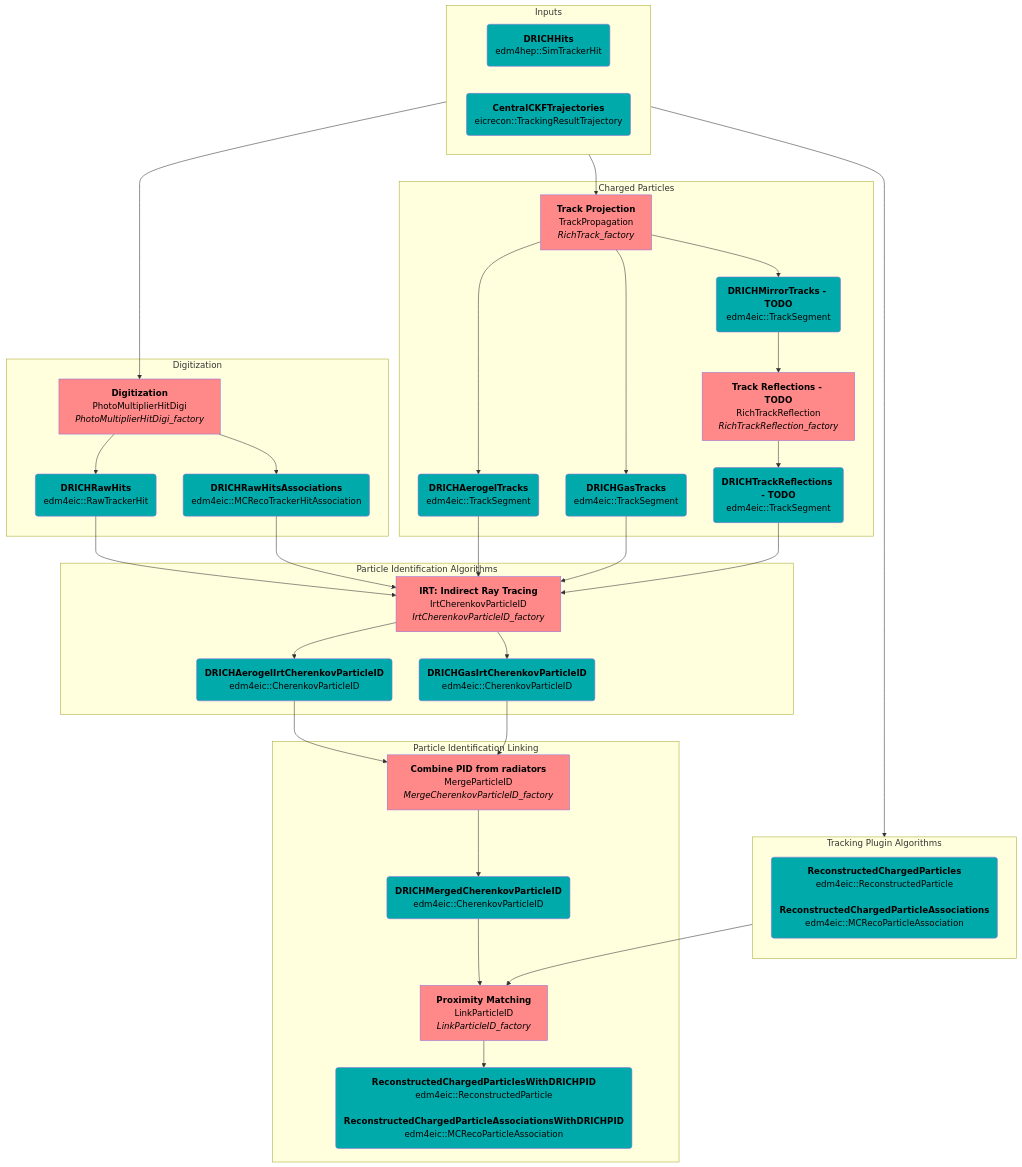
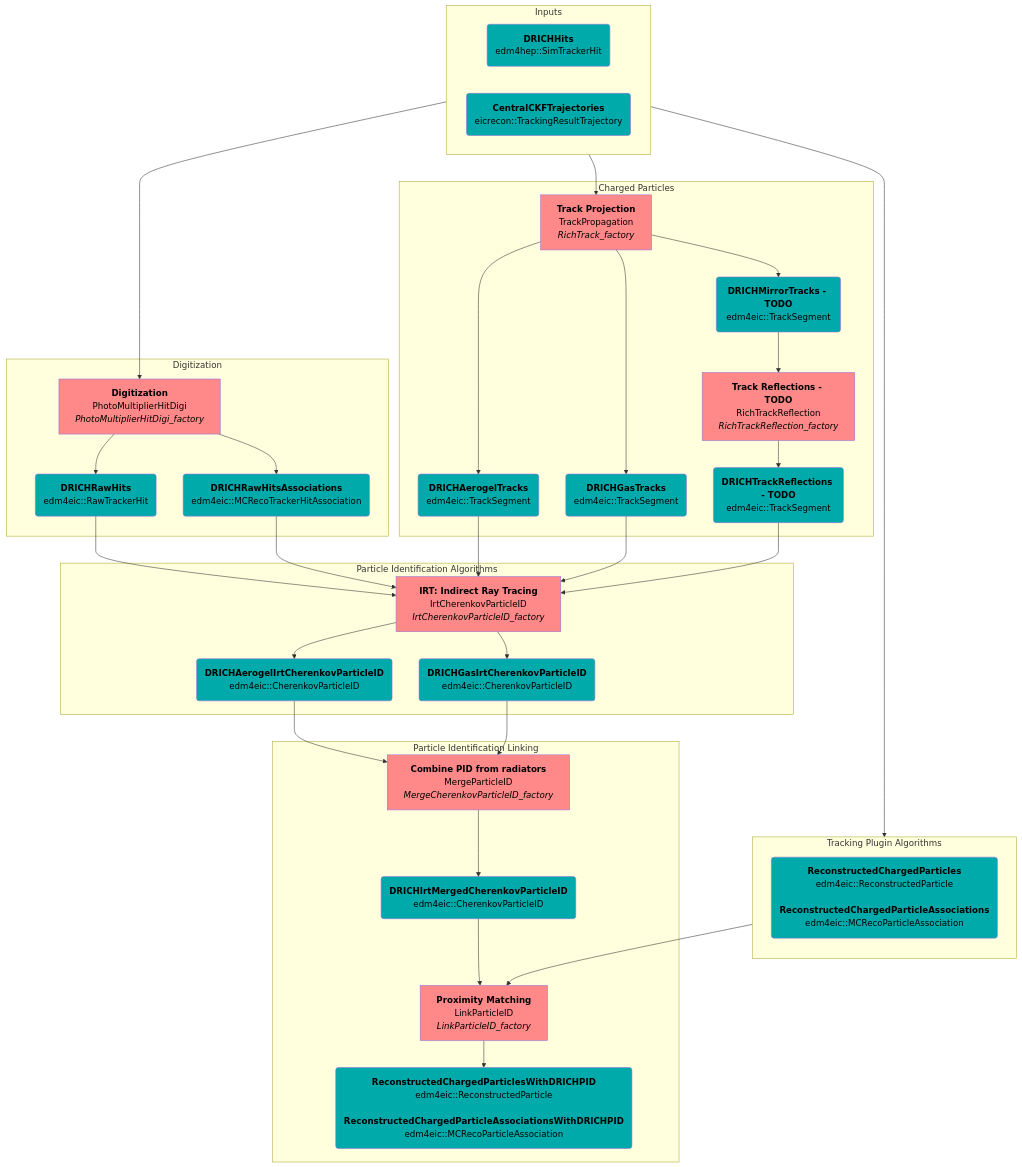
Before and after one commit to eic/EICrecon: the second of 5 diagrams in src/detectors/DRICH/README.md, drawn with Mermaid. The commit also changed 1 other file, not shown here.

Commit message:
style: rename `DRICHMerged{,Irt}CherenkovParticleID`

```diff
--- a/src/detectors/DRICH/README.md
+++ b/src/detectors/DRICH/README.md
@@ -52,7 +52,7 @@
 
   subgraph Particle Identification Linking
     Merge[<strong>Combine PID from radiators</strong><br/>MergeParticleID<br><i>MergeCherenkovParticleID_factory</i>]:::alg
-    MergePID(<strong>DRICHMergedCherenkovParticleID</strong><br/>edm4eic::CherenkovParticleID):::col
+    MergePID(<strong>DRICHIrtMergedCherenkovParticleID</strong><br/>edm4eic::CherenkovParticleID):::col
 
     ProxMatch[<strong>Proximity Matching</strong><br/>LinkParticleID<br><i>LinkParticleID_factory</i>]:::alg
     ReconPartsWithPID(<strong>ReconstructedChargedParticlesWithDRICHPID</strong><br/>edm4eic::ReconstructedParticle<br/><br/><strong>ReconstructedChargedParticleAssociationsWithDRICHPID</strong><br/>edm4eic::MCRecoParticleAssociation):::col
```
